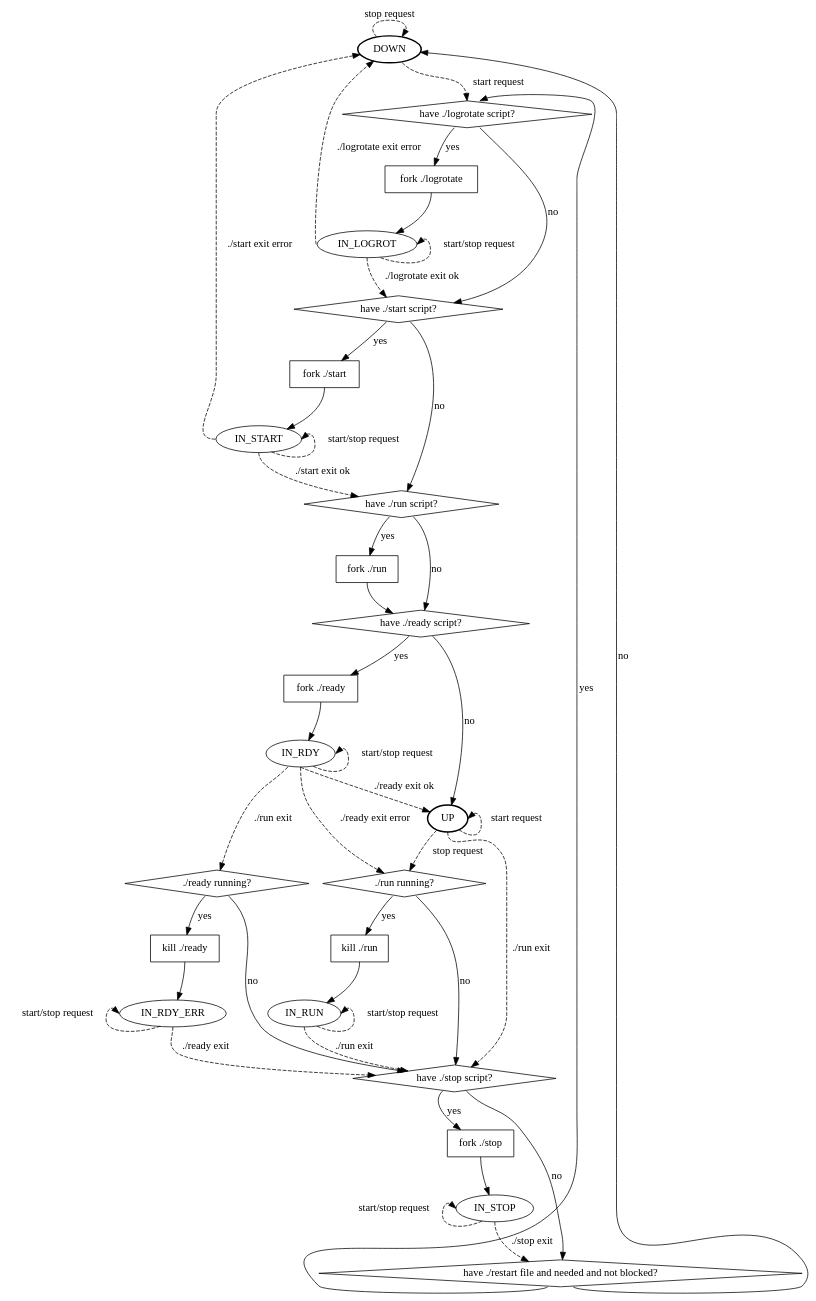
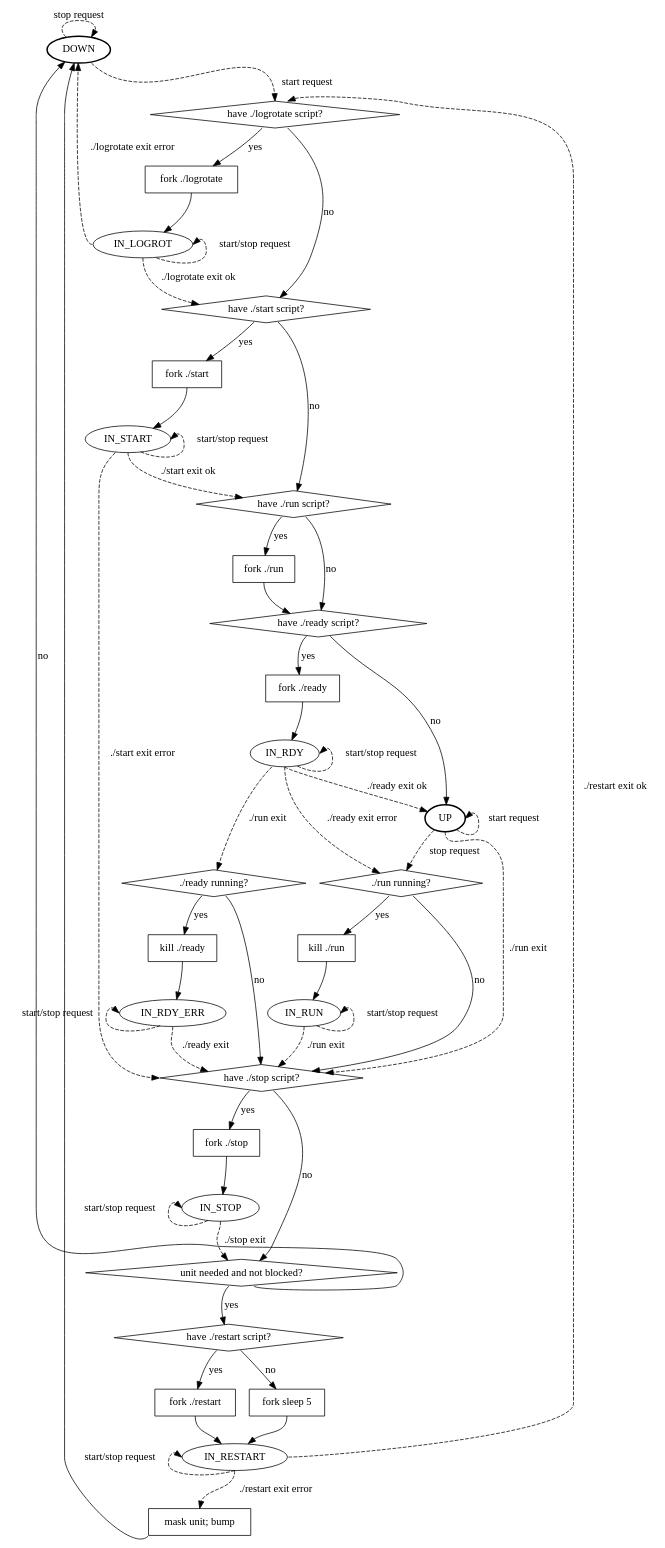
Before and after one commit to LadyBoonami/wsunit: the diagram in state_machine.dot, drawn with Graphviz. The commit also changed 4 other files, not shown here.

```diff
--- a/state_machine.dot
+++ b/state_machine.dot
@@ -1,106 +1,121 @@
 digraph {
 
 	node [shape="ellipse"];
 
 	DOWN [style="bold"];
 	IN_LOGROT;
 	IN_START;
 	IN_RDY;
 	UP [style="bold"];
 	IN_RDY_ERR;
 	IN_RUN;
 	IN_STOP;
+	IN_RESTART;
 
 
 	node [shape="diamond"];
 
 	check_logrot [label="have ./logrotate script?"];
 	check_start [label="have ./start script?"];
 	check_run [label="have ./run script?"];
 	check_rdy [label="have ./ready script?"];
 	check_rdy_running [label="./ready running?"];
 	check_run_running [label="./run running?"];
 	check_stop [label="have ./stop script?"];
-	check_restart [label="have ./restart file and needed and not blocked?"];
+	check_should_restart [label="unit needed and not blocked?"];
+	check_restart [label="have ./restart script?"];
 
 
 	node [shape="box"];
 
 	start_logrot [label="fork ./logrotate"];
 	start_start [label="fork ./start"];
 	start_run [label="fork ./run"];
 	start_rdy [label="fork ./ready"];
 	kill_rdy [label="kill ./ready"];
 	kill_run [label="kill ./run"];
 	start_stop [label="fork ./stop"];
+	mask_bump [label="mask unit; bump"];
+	start_restart [label="fork ./restart"];
+	start_sleep [label="fork sleep 5"];
 
 
 	edge [style="dashed"];
 
 	DOWN:se -> check_logrot:n [label="start request"];
 	DOWN:nw -> DOWN:ne [label="stop request"];
 
 	IN_LOGROT:s -> check_start [label="./logrotate exit ok"];
 	IN_LOGROT:w -> DOWN [label="./logrotate exit error"];
 	IN_LOGROT:se -> IN_LOGROT:e [label="start/stop request"];
 
 	IN_START:s -> check_run [label="./start exit ok"];
-	IN_START:w -> DOWN [label="./start exit error"];
+	IN_START:sw -> check_stop:w [label="./start exit error"];
 	IN_START:se -> IN_START:e [label="start/stop request"];
 
 	IN_RDY:s -> UP [label="./ready exit ok"];
 	IN_RDY:s -> check_run_running [label="./ready exit error"];
 	IN_RDY:sw -> check_rdy_running [label="./run exit"];
 	IN_RDY:se -> IN_RDY:e [label="start/stop request"];
 
 	UP:s -> check_stop [label="./run exit"];
 	UP:se -> UP:e [label="start request"];
 	UP:sw -> check_run_running [label="stop request"];
 
 	IN_RUN:s -> check_stop [label="./run exit"];
 	IN_RUN:se -> IN_RUN:e [label="start/stop request"];
 
 	IN_RDY_ERR:s -> check_stop [label="./ready exit"];
 	IN_RDY_ERR:sw -> IN_RDY_ERR:w [label="start/stop request"];
 
-	IN_STOP:s -> check_restart [label="./stop exit"];
+	IN_STOP:s -> check_should_restart [label="./stop exit"];
 	IN_STOP:sw -> IN_STOP:w [label="start/stop request"];
+
+	IN_RESTART:e -> check_logrot:ne [label="./restart exit ok"];
+	IN_RESTART:s -> mask_bump:n [label="./restart exit error"];
+	IN_RESTART:s -> IN_RESTART:w [label="start/stop request"];
 
 
 	edge [style="solid"];
 
 	check_logrot:sw -> start_logrot [label="yes"];
 	check_logrot:se -> check_start [label="no"];
 
 	check_start:sw -> start_start [label="yes"];
 	check_start:se -> check_run [label="no"];
 
 	check_run:sw -> start_run [label="yes"];
 	check_run:se -> check_rdy [label="no"];
 
 	check_rdy:sw -> start_rdy [label="yes"];
 	check_rdy:se -> UP [label="no"];
 
 	check_rdy_running:sw -> kill_rdy [label="yes"];
 	check_rdy_running:se -> check_stop [label="no"];
 
 	check_run_running:sw -> kill_run [label="yes"];
 	check_run_running:se -> check_stop [label="no"];
 
 	check_stop:sw -> start_stop [label="yes"];
-	check_stop:se -> check_restart [label="no"];
+	check_stop:se -> check_should_restart [label="no"];
 
-	check_restart:sw -> check_logrot:ne [label="yes"];
-	check_restart:se -> DOWN [label="no"];
+	check_should_restart:sw -> check_restart [label="yes"];
+	check_should_restart:se -> DOWN [label="no"];
+
+	check_restart:sw -> start_restart [label="yes"];
+	check_restart:se -> start_sleep [label="no"];
 
 
 	edge [style="solid"];
 
 	start_logrot:s -> IN_LOGROT;
 	start_start:s -> IN_START;
 	start_run:s -> check_rdy;
 	start_rdy:s -> IN_RDY;
 	kill_rdy:s -> IN_RDY_ERR;
 	kill_run:s -> IN_RUN;
 	start_stop:s -> IN_STOP;
+	mask_bump:sw -> DOWN;
+	start_restart:s -> IN_RESTART:nw;
+	start_sleep:s -> IN_RESTART:ne;
 }
```
